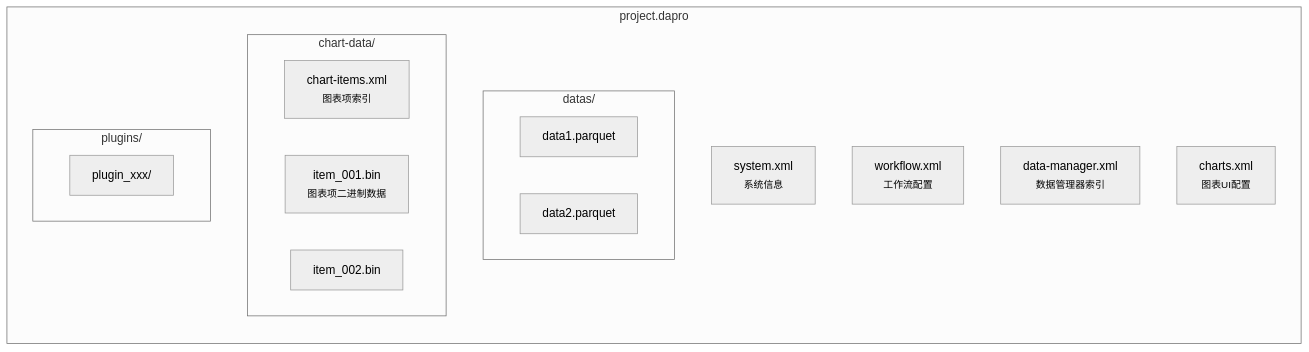
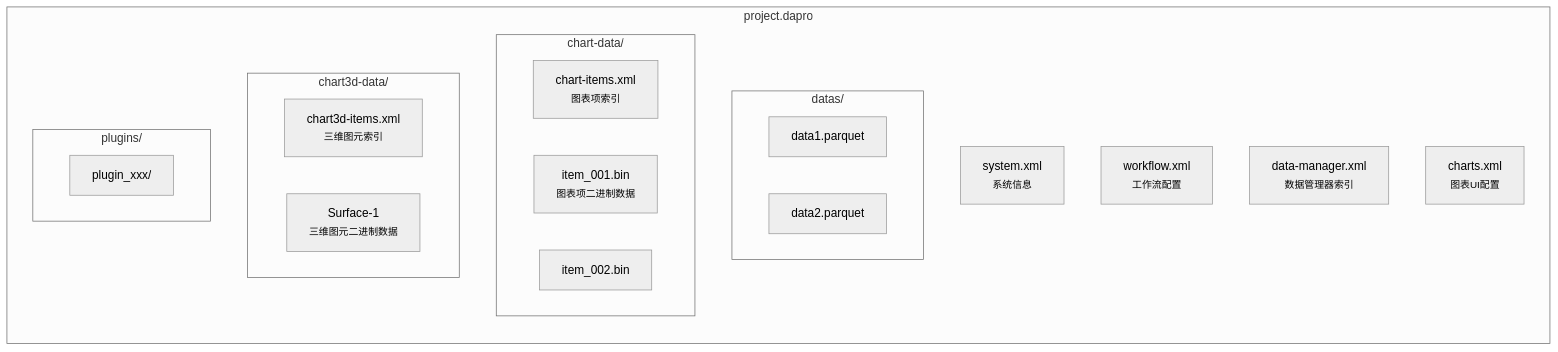
Before and after one commit to czyt1988/data-workbench: the seventh of 7 diagrams in docs/zh/dev-guide/architecture/project-serialization-architecture.md, drawn with Mermaid (neutral theme). The commit also changed other lines of this file and 4 other files, not shown here.

First line of the commit message:
docs(chart): 三维图元持久化口径与 3D 矢量导出实测结论

````diff
--- a/docs/zh/dev-guide/architecture/project-serialization-architecture.md
+++ b/docs/zh/dev-guide/architecture/project-serialization-architecture.md
@@ -811,21 +831,25 @@
 ```mermaid
 graph LR
     subgraph project.dapro
         A["system.xml<br/><small>系统信息</small>"]
         B["workflow.xml<br/><small>工作流配置</small>"]
         C["data-manager.xml<br/><small>数据管理器索引</small>"]
         subgraph datas["datas/"]
             D1["data1.parquet"]
             D2["data2.parquet"]
         end
         E["charts.xml<br/><small>图表UI配置</small>"]
         subgraph chartdata["chart-data/"]
             F1["chart-items.xml<br/><small>图表项索引</small>"]
             F2["item_001.bin<br/><small>图表项二进制数据</small>"]
             F3["item_002.bin"]
         end
+        subgraph chart3ddata["chart3d-data/"]
+            H1["chart3d-items.xml<br/><small>三维图元索引</small>"]
+            H2["Surface-1<br/><small>三维图元二进制数据</small>"]
+        end
         subgraph plugins["plugins/"]
             G1["plugin_xxx/"]
         end
     end
 ```
````
